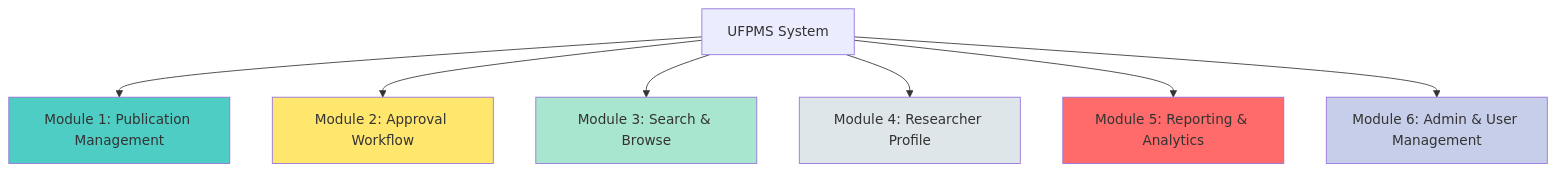
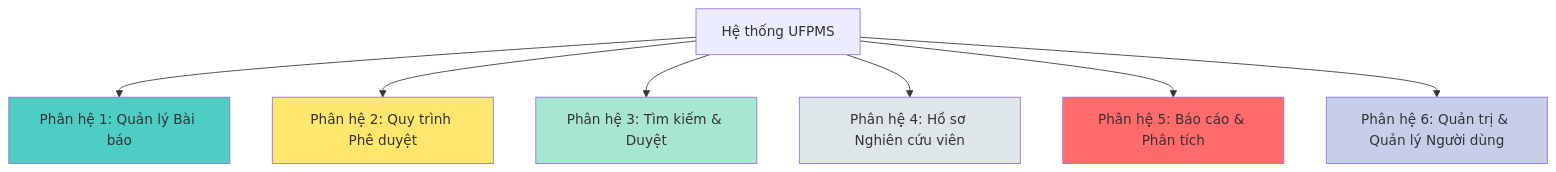
Before and after one commit to Ng0cTh4nhk5/ufpms-docs: the diagram in docs/03_Requirements/Functional/functional_overview.md, drawn with Mermaid. The commit also changed other lines of this file and 70 other files, not shown here.

````diff
--- a/docs/03_Requirements/Functional/functional_overview.md
+++ b/docs/03_Requirements/Functional/functional_overview.md
@@ -19,16 +19,16 @@
 ```mermaid
 graph TD
-    A[UFPMS System] --> B[Module 1: Publication Management]
-    A --> C[Module 2: Approval Workflow]
-    A --> D[Module 3: Search & Browse]
-    A --> E[Module 4: Researcher Profile]
-    A --> F[Module 5: Reporting & Analytics]
-    A --> G[Module 6: Admin & User Management]
+    A[Hệ thống UFPMS] --> B[Phân hệ 1: Quản lý Bài báo]
+    A --> C[Phân hệ 2: Quy trình Phê duyệt]
+    A --> D[Phân hệ 3: Tìm kiếm & Duyệt]
+    A --> E[Phân hệ 4: Hồ sơ Nghiên cứu viên]
+    A --> F[Phân hệ 5: Báo cáo & Phân tích]
+    A --> G[Phân hệ 6: Quản trị & Quản lý Người dùng]
     
     style B fill:#4ecdc4
     style C fill:#ffe66d
     style D fill:#a8e6cf
     style E fill:#dfe6e9
     style F fill:#ff6b6b
     style G fill:#c7ceea
 ```
````
